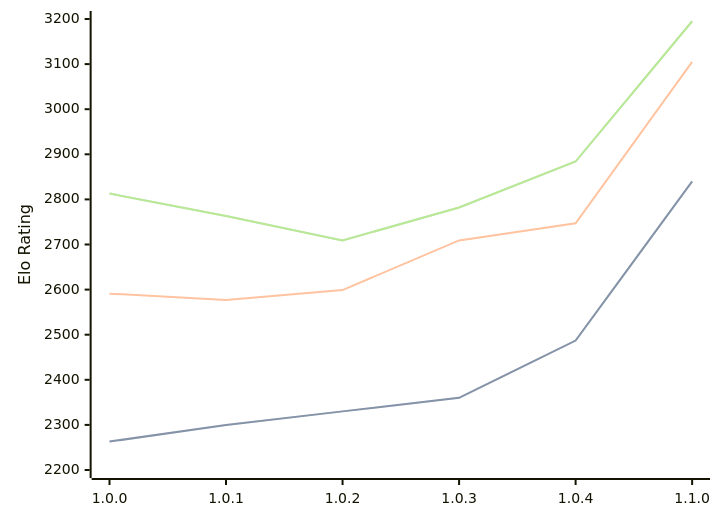
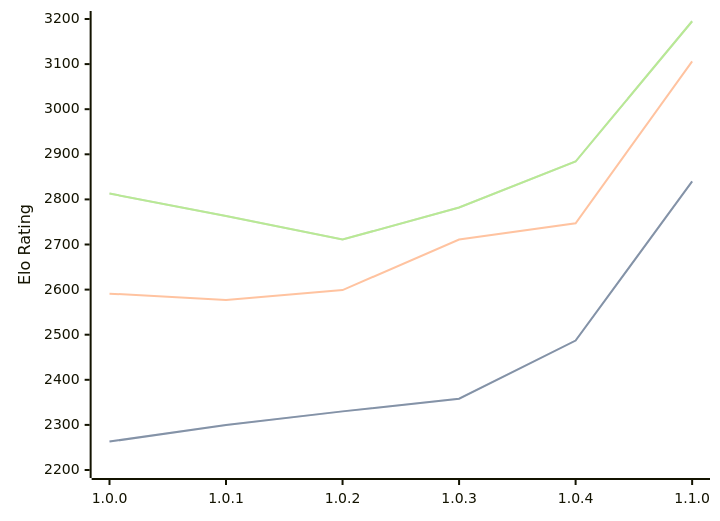
The diagram in engines/Grail.md (computer-chess-index/cci), drawn with Mermaid before and after one commit. The commit also changed other lines of this file, not shown here.

Commit message:
Update CCI Ratings (ELO VLTC) - 2026-04-02

````diff
--- a/engines/Grail.md
+++ b/engines/Grail.md
@@ -36,11 +36,11 @@
 ```mermaid
 %%{init: {"theme":"base","themeVariables":{"seriesColors:['#a3a3a3','#222221','#faa371']}}}%%
 xychart-beta
   x-axis ["1.0.0", "1.0.1", "1.0.2", "1.0.3", "1.0.4", "1.1.0"]
   y-axis "Elo Rating" 2200 --> 3200
-  line "STC (8.0+0.08s)" [2263, 2300, 2330, 2360, 2487, 2840]
-  line "STC (8.0+0.08s)" [2263, 2300, 2330, 2360, 2487, 2840]
-  line "LTC (60.0+0.60s)" [2591, 2577, 2599, 2709, 2747, 3105]
-  line "VLTC (2m24s+1.12s)" [2813, 2763, 2709, 2782, 2884, 3195]
-  line "VLTC (2m24s+1.12s)" [2813, 2763, 2709, 2782, 2884, 3195]
+  line "STC (8.0+0.08s)" [2263, 2300, 2330, 2358, 2487, 2840]
+  line "STC (8.0+0.08s)" [2263, 2300, 2330, 2358, 2487, 2840]
+  line "LTC (60.0+0.60s)" [2591, 2577, 2599, 2711, 2747, 3106]
+  line "VLTC (2m24s+1.12s)" [2813, 2763, 2711, 2782, 2884, 3195]
+  line "VLTC (2m24s+1.12s)" [2813, 2763, 2711, 2782, 2884, 3195]
 ```
````
